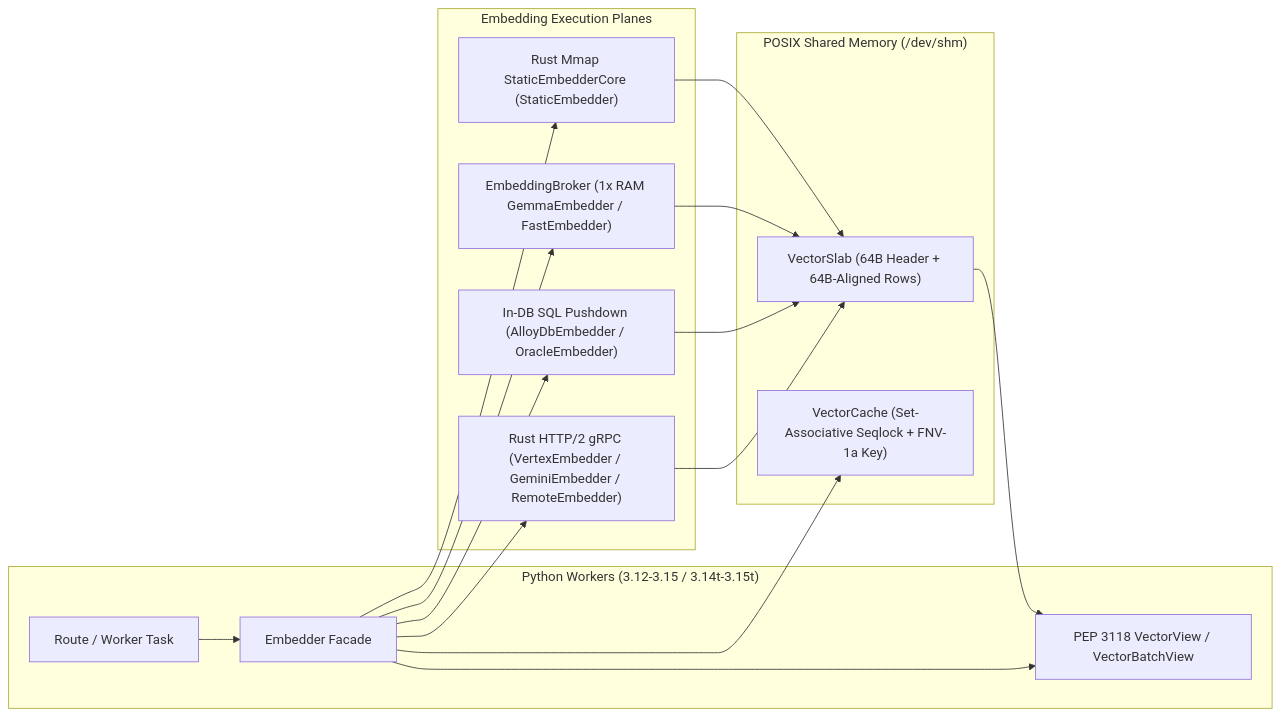
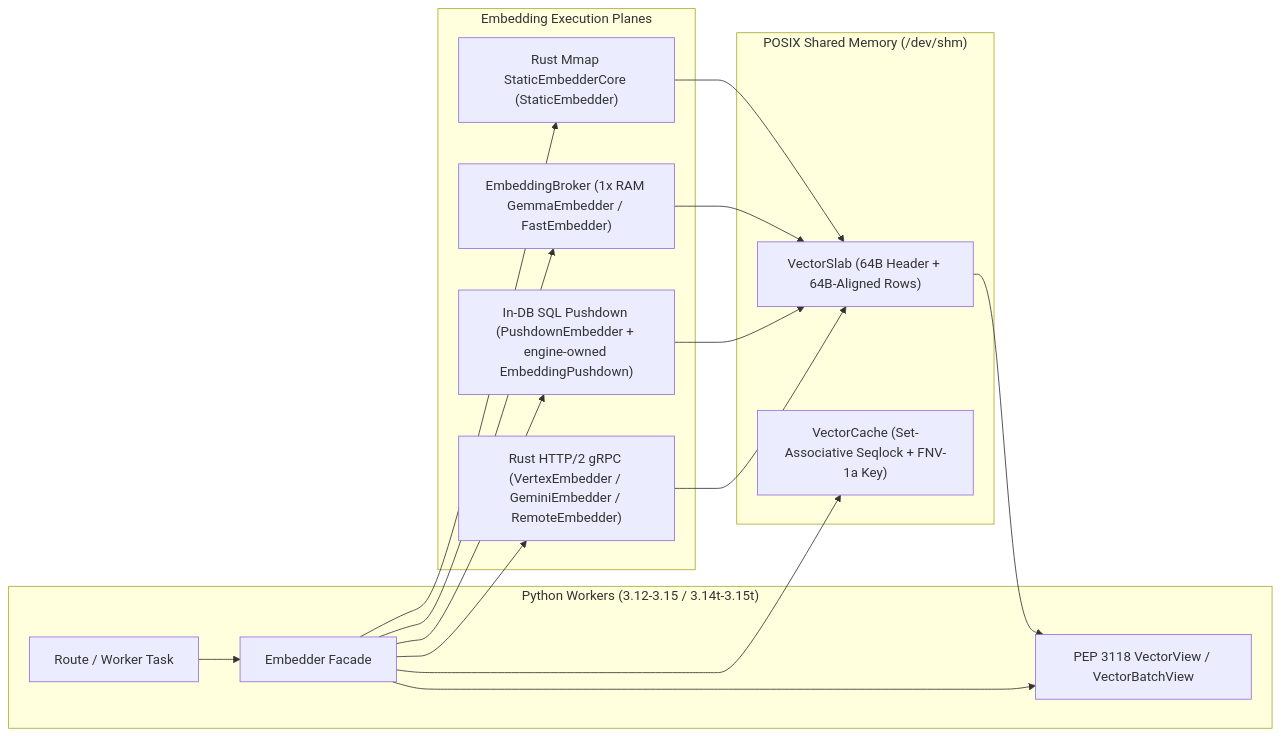
One commit to cofin/vertebra changed the diagram in .agents/bundles/knowledge/domains/agent/embeddings-and-vectors.md. Above: the diagram before and after it, drawn with Mermaid. The commit also changed other lines of this file and 213 other files, not shown here.

````diff
--- a/.agents/bundles/knowledge/domains/agent/embeddings-and-vectors.md
+++ b/.agents/bundles/knowledge/domains/agent/embeddings-and-vectors.md
@@ -71,30 +101,30 @@
 ```mermaid
 flowchart LR
     subgraph Workers["Python Workers (3.12-3.15 / 3.14t-3.15t)"]
         W1["Route / Worker Task"] --> Emb["Embedder Facade"]
         Emb --> VView["PEP 3118 VectorView / VectorBatchView"]
     end
 
     subgraph Backends["Embedding Execution Planes"]
         GGrpc["Rust HTTP/2 gRPC (VertexEmbedder / GeminiEmbedder / RemoteEmbedder)"]
-        SqlPush["In-DB SQL Pushdown (AlloyDbEmbedder / OracleEmbedder)"]
+        SqlPush["In-DB SQL Pushdown (PushdownEmbedder + engine-owned EmbeddingPushdown)"]
         Broker["EmbeddingBroker (1x RAM GemmaEmbedder / FastEmbedder)"]
         Static["Rust Mmap StaticEmbedderCore (StaticEmbedder)"]
     end
 
     subgraph ShmPlane["POSIX Shared Memory (/dev/shm)"]
         Slab["VectorSlab (64B Header + 64B-Aligned Rows)"]
         Cache["VectorCache (Set-Associative Seqlock + FNV-1a Key)"]
     end
 
     Emb --> Cache
     Emb --> GGrpc
     Emb --> SqlPush
     Emb --> Broker
     Emb --> Static
     GGrpc --> Slab
     SqlPush --> Slab
     Broker --> Slab
     Static --> Slab
     Slab --> VView
 ```
````
